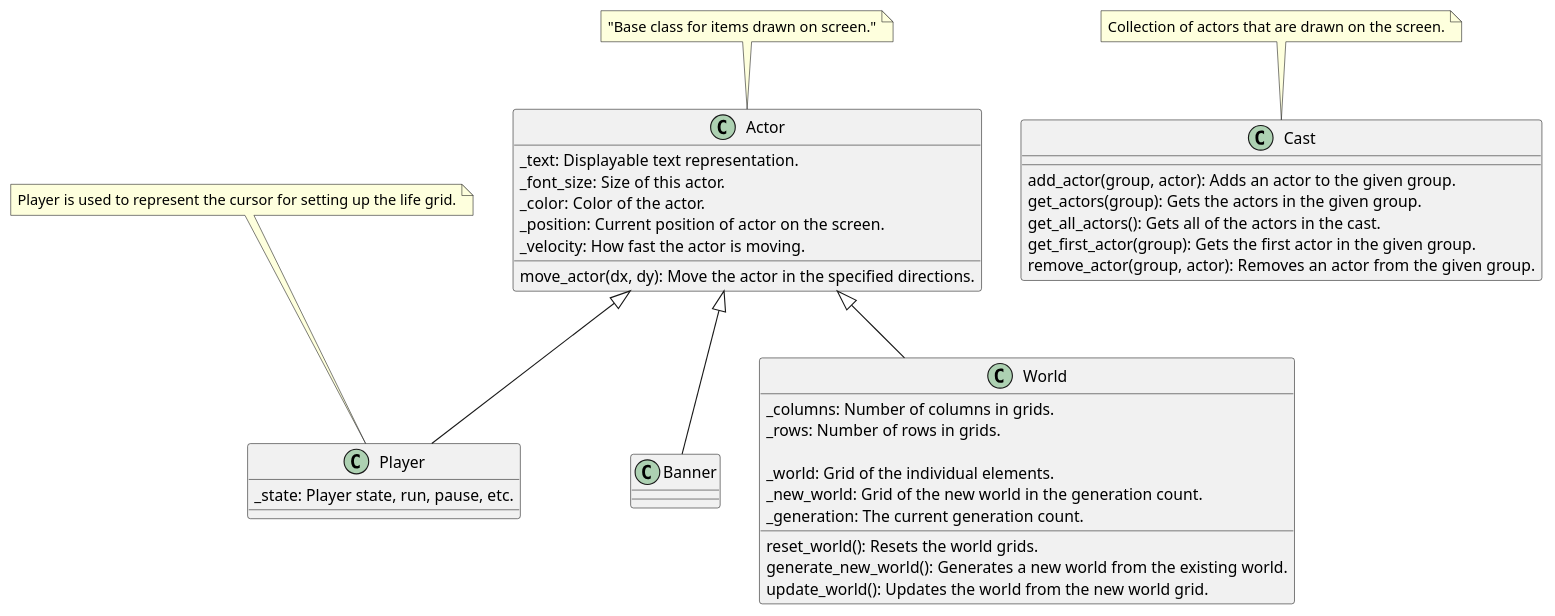
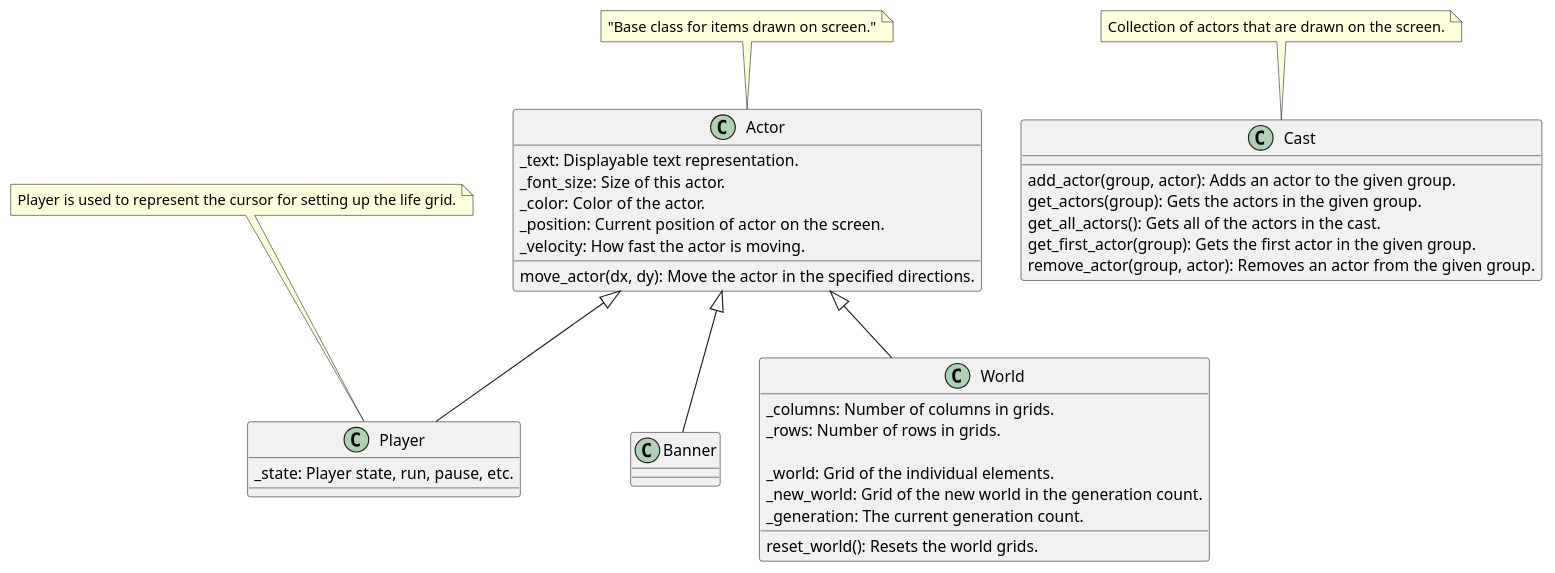
Before and after one commit to mscottreynolds/cse210-06: the second of 3 diagrams in class_diagrams.puml, drawn with PlantUML. The commit also changed 11 other files, not shown here.

```diff
--- a/class_diagrams.puml
+++ b/class_diagrams.puml
@@ -30,47 +30,45 @@
 @startuml Actor-Class
 
 class Actor {
     _text: Displayable text representation.
     _font_size: Size of this actor.
     _color: Color of the actor.
     _position: Current position of actor on the screen.
     _velocity: How fast the actor is moving.
 
     move_actor(dx, dy): Move the actor in the specified directions.
 }
 note top: "Base class for items drawn on screen."
 
 class Banner {
 }
 Actor <|-- Banner
 
 class World {
     _columns: Number of columns in grids.
     _rows: Number of rows in grids.
     
     _world: Grid of the individual elements.
     _new_world: Grid of the new world in the generation count.
     _generation: The current generation count.
 
   reset_world(): Resets the world grids.
-  generate_new_world(): Generates a new world from the existing world.
-  update_world(): Updates the world from the new world grid.
 }
 Actor <|-- World
 
 class Player {
   _state: Player state, run, pause, etc.
 }
 note top: Player is used to represent the cursor for setting up the life grid.
 Actor <|-- Player
 
 class Cast {
     add_actor(group, actor): Adds an actor to the given group.
     get_actors(group): Gets the actors in the given group.
     get_all_actors(): Gets all of the actors in the cast.
     get_first_actor(group): Gets the first actor in the given group.
     remove_actor(group, actor): Removes an actor from the given group.
 }
 note top: Collection of actors that are drawn on the screen.
 
 @enduml
```
